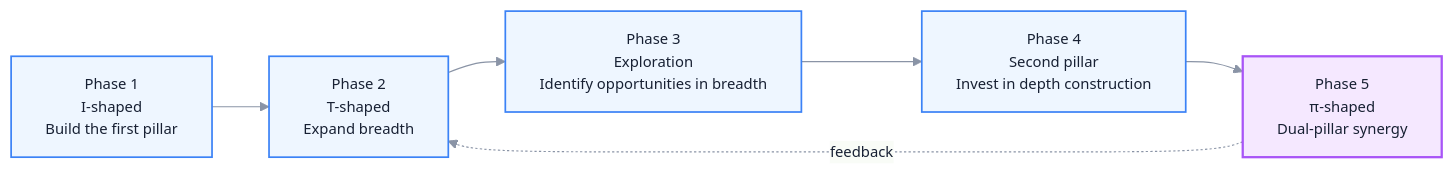
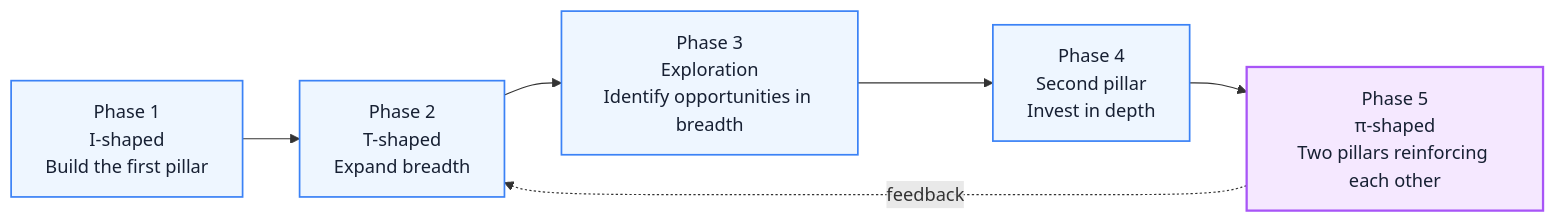
One commit to Fatejian/frontier-vault changed the third of 3 diagrams in docs/en/career/capability-model.md. Above: the diagram before and after it, drawn with Mermaid. The commit also changed other lines of this file and 41 other files, not shown here.

````diff
--- a/docs/en/career/capability-model.md
+++ b/docs/en/career/capability-model.md
@@ -417,19 +379,17 @@
 ```mermaid
-%%{init: {'theme': 'base', 'themeVariables': { 'fontFamily': 'Inter, PingFang SC, Microsoft YaHei, sans-serif', 'primaryColor': '#F7F9FC', 'primaryTextColor': '#172033', 'primaryBorderColor': '#6EA8FE', 'lineColor': '#8A94A6', 'fontSize': '13px'}}}%%
 flowchart LR
     P1["Phase 1<br/>I-shaped<br/>Build the first pillar"]
     P2["Phase 2<br/>T-shaped<br/>Expand breadth"]
     P3["Phase 3<br/>Exploration<br/>Identify opportunities in breadth"]
-    P4["Phase 4<br/>Second pillar<br/>Invest in depth construction"]
-    P5["Phase 5<br/>π-shaped<br/>Dual-pillar synergy"]
+    P4["Phase 4<br/>Second pillar<br/>Invest in depth"]
+    P5["Phase 5<br/>π-shaped<br/>Two pillars reinforcing each other"]
 
     P1 --> P2 --> P3 --> P4 --> P5
-
     P5 -. feedback .-> P2
 
-    classDef stage fill:#EEF6FF,stroke:#3B82F6,color:#172033,stroke-width:1.5px;
-    classDef pi fill:#F5E8FF,stroke:#A855F7,color:#172033,stroke-width:2px;
+    classDef wait fill:#EEF6FF,stroke:#3B82F6,color:#172033,stroke-width:1.5px;
+    classDef metric fill:#F5E8FF,stroke:#A855F7,color:#172033,stroke-width:2px;
 
-    class P1,P2,P3,P4 stage;
-    class P5 pi;
+    class P1,P2,P3,P4 wait;
+    class P5 metric;
 ```
````
